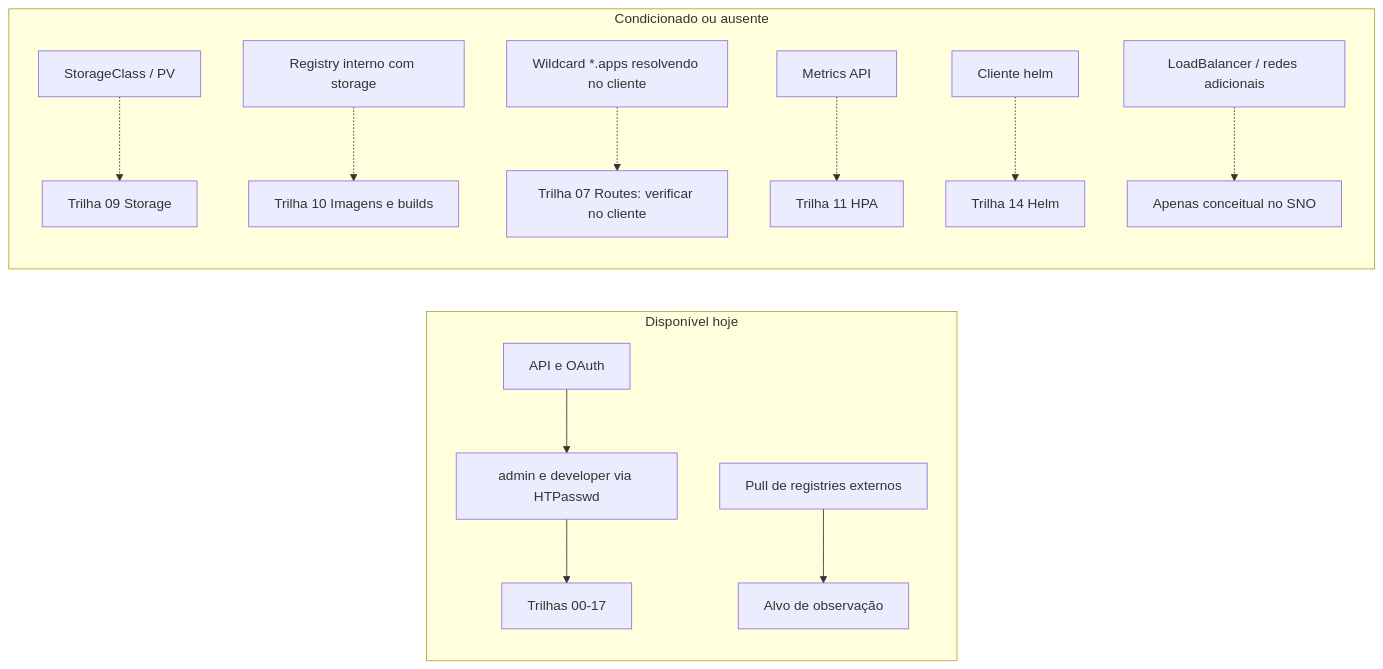
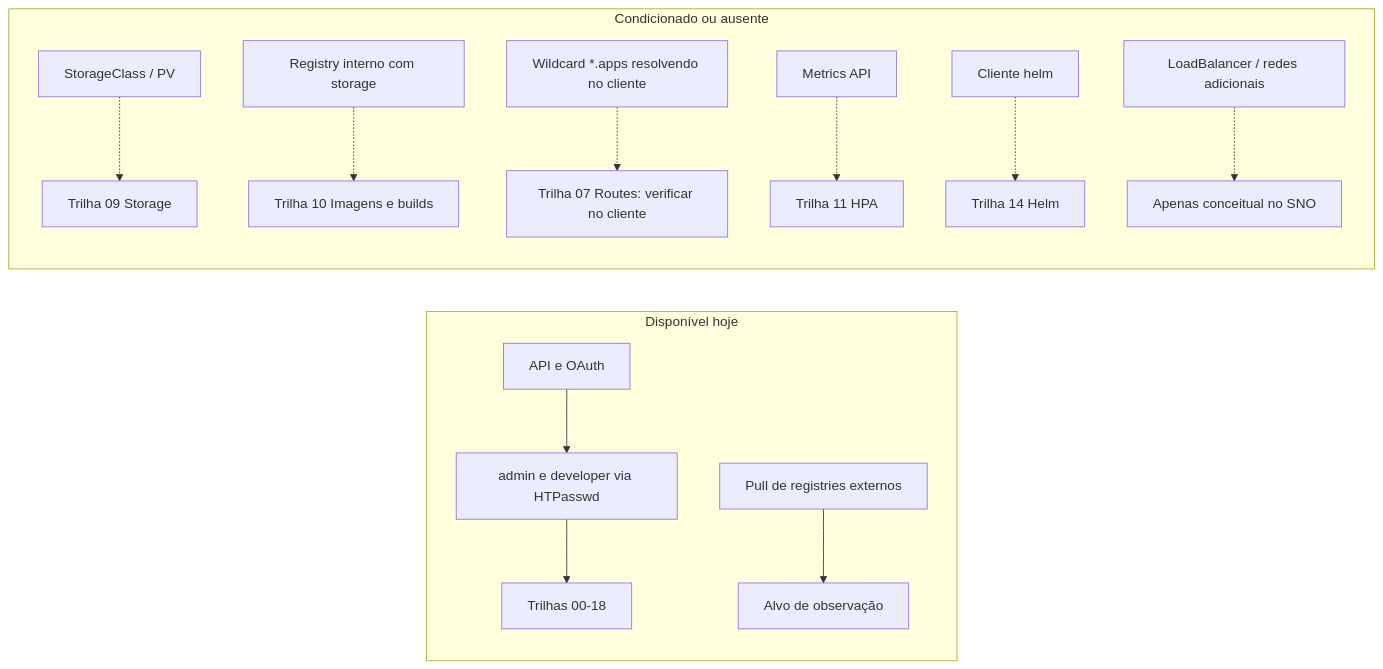
Before and after one commit to eduardoandradej/academia-comandos-openshift: the diagram in catalogo/matriz-competencias.md, drawn with Mermaid. The commit also changed other lines of this file and 51 other files, not shown here.

````diff
--- a/catalogo/matriz-competencias.md
+++ b/catalogo/matriz-competencias.md
@@ -54,16 +54,16 @@
 ```mermaid
 flowchart LR
   subgraph disponivel[Disponível hoje]
     API[API e OAuth] --> ID[admin e developer via HTPasswd]
-    ID --> T00[Trilhas 00-17]
+    ID --> T00[Trilhas 00-18]
     IMG[Pull de registries externos] --> T02[Alvo de observação]
   end
   subgraph condicionado[Condicionado ou ausente]
     SC[StorageClass / PV] -.-> T09[Trilha 09 Storage]
     REG[Registry interno com storage] -.-> T10[Trilha 10 Imagens e builds]
     DNS[Wildcard *.apps resolvendo no cliente] -.-> T07[Trilha 07 Routes: verificar no cliente]
     MET[Metrics API] -.-> T11[Trilha 11 HPA]
     HELM[Cliente helm] -.-> T14[Trilha 14 Helm]
     LB[LoadBalancer / redes adicionais] -.-> X[Apenas conceitual no SNO]
   end
 ```
````
